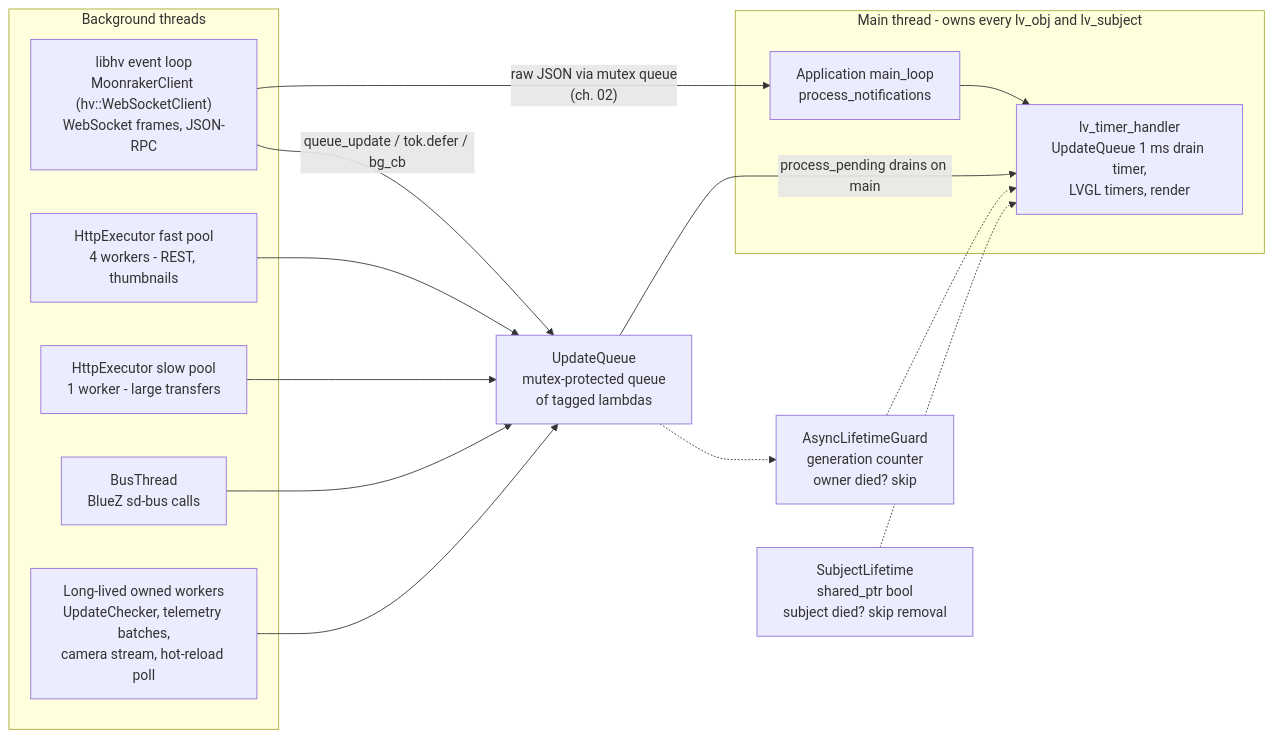
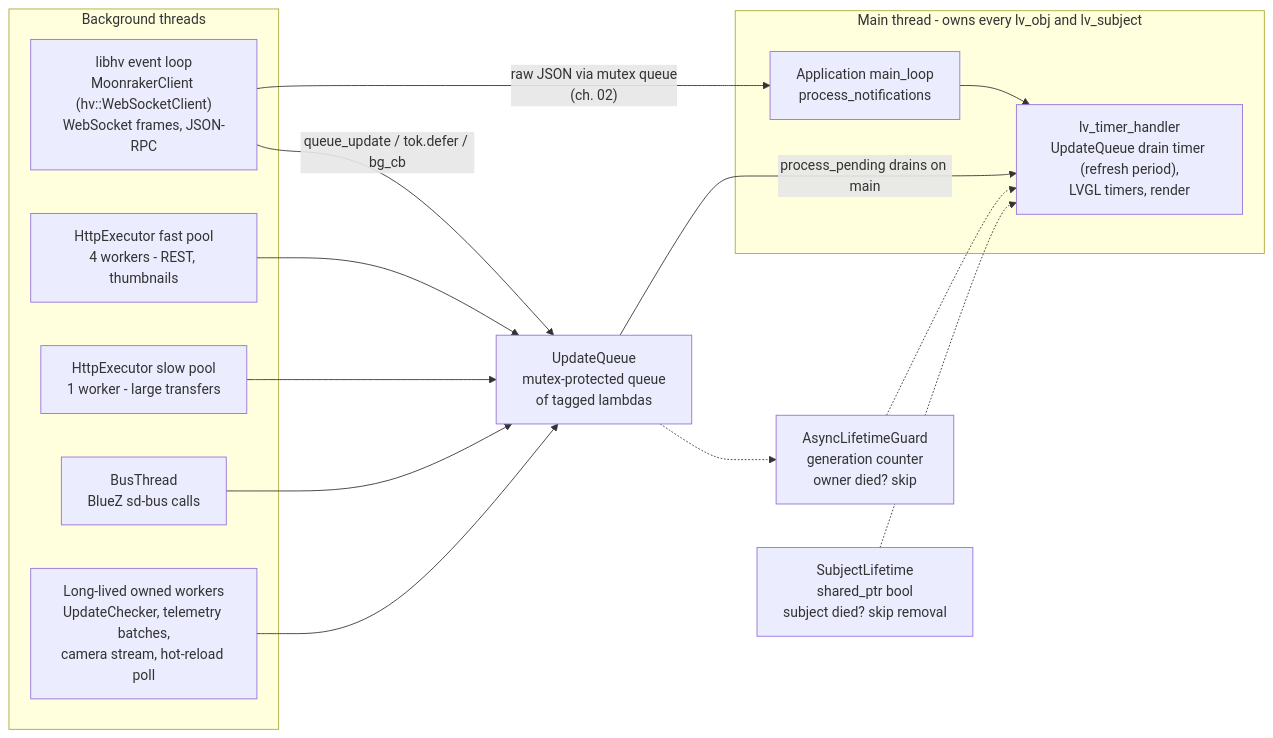
One commit to prestonbrown/helixscreen changed the diagram in docs/devel/architecture/03-threading-lifetime.md. Above: the diagram before and after it, drawn with Mermaid. The commit also changed other lines of this file and 1 other file, not shown here.

First line of the commit message:
docs(architecture): the update queue drains on the refresh period, not every millisecond

````diff
--- a/docs/devel/architecture/03-threading-lifetime.md
+++ b/docs/devel/architecture/03-threading-lifetime.md
@@ -7,31 +7,31 @@
 ```mermaid
 flowchart LR
     subgraph BG["Background threads"]
         WS["libhv event loop<br/>MoonrakerClient (hv::WebSocketClient)<br/>WebSocket frames, JSON-RPC"]
         FAST["HttpExecutor fast pool<br/>4 workers - REST, thumbnails"]
         SLOW["HttpExecutor slow pool<br/>1 worker - large transfers"]
         BUS["BusThread<br/>BlueZ sd-bus calls"]
         WORK["Long-lived owned workers<br/>UpdateChecker, telemetry batches,<br/>camera stream, hot-reload poll"]
     end
 
     subgraph MAIN["Main thread - owns every lv_obj and lv_subject"]
         LOOP["Application main_loop<br/>process_notifications"]
-        TH["lv_timer_handler<br/>UpdateQueue 1 ms drain timer,<br/>LVGL timers, render"]
+        TH["lv_timer_handler<br/>UpdateQueue drain timer (refresh period),<br/>LVGL timers, render"]
         LOOP --> TH
     end
 
     UQ["UpdateQueue<br/>mutex-protected queue<br/>of tagged lambdas"]
     WS -->|"queue_update / tok.defer / bg_cb"| UQ
     FAST --> UQ
     SLOW --> UQ
     BUS --> UQ
     WORK --> UQ
     UQ -->|"process_pending drains on main"| TH
     WS -->|"raw JSON via mutex queue<br/>(ch. 02)"| LOOP
 
     ALG["AsyncLifetimeGuard<br/>generation counter<br/>owner died? skip"]
     SL["SubjectLifetime<br/>shared_ptr bool<br/>subject died? skip removal"]
     UQ -.-> ALG
     ALG -.-> TH
     SL -.-> TH
 ```
````
